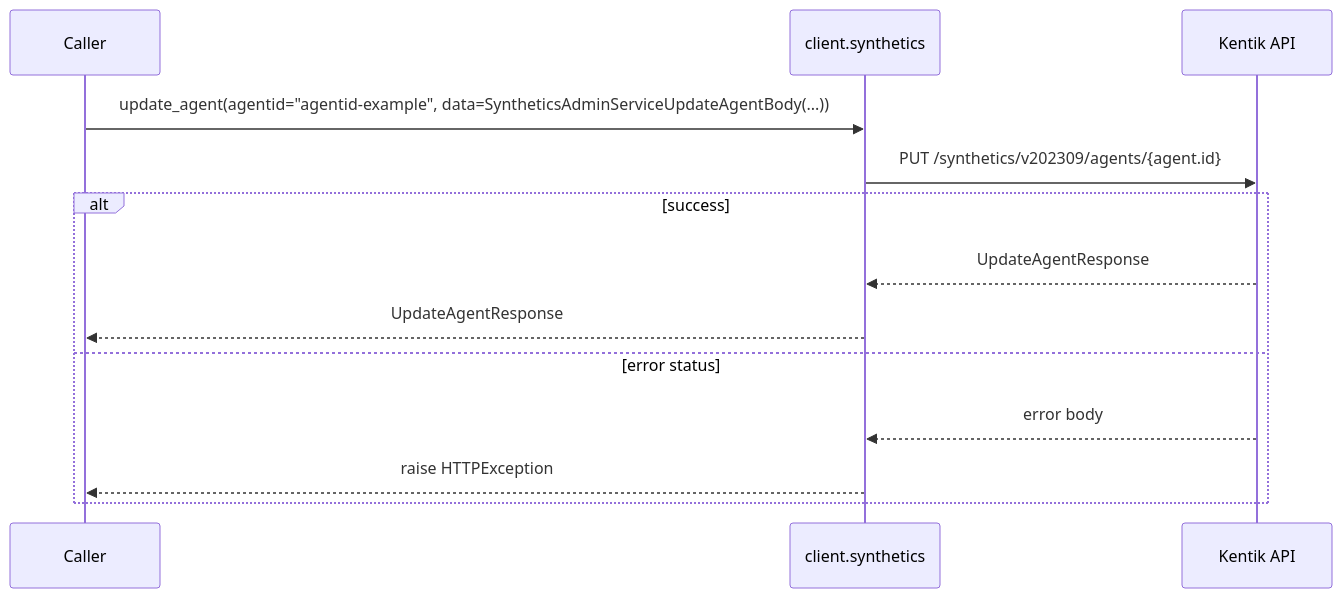
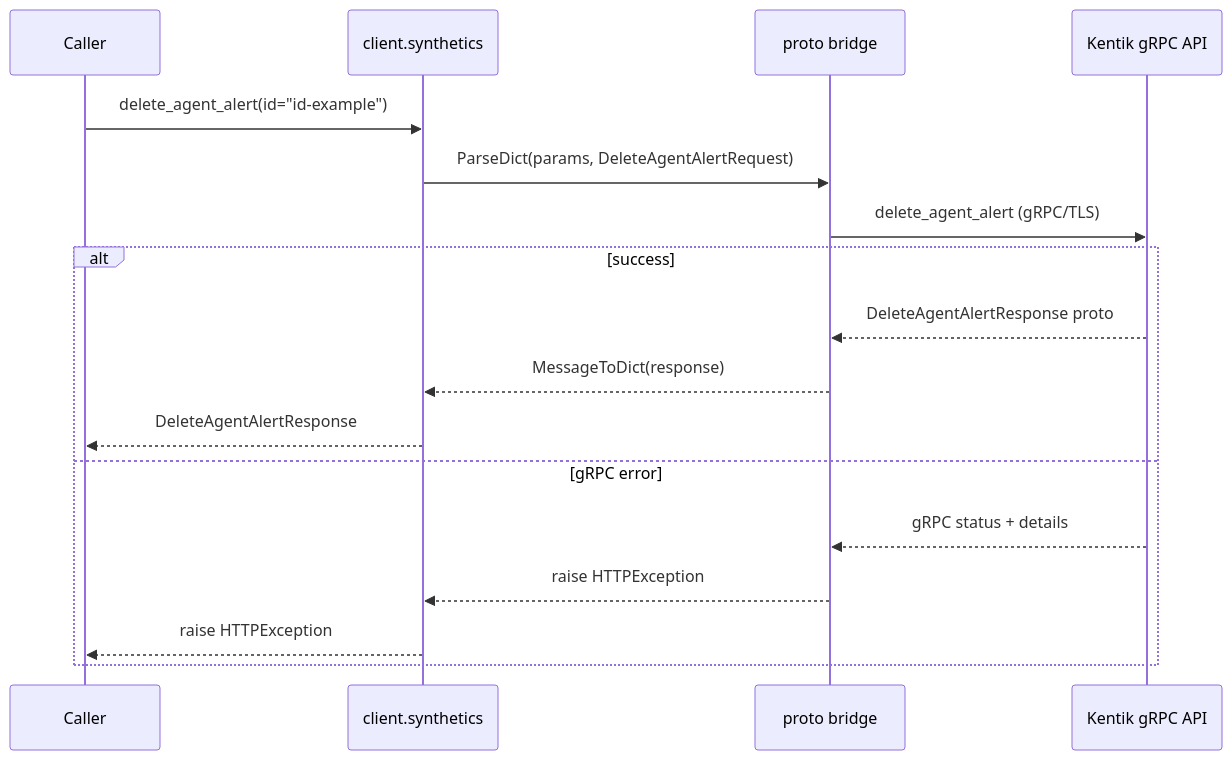
Diagram 11 of 38 in docs/sphinx/services/synthetics.md (alexdearaujo/community_sdk_python), drawn with Mermaid before and after one commit. The commit also changed other lines of this file and 61 other files, not shown here.

````diff
--- a/docs/sphinx/services/synthetics.md
+++ b/docs/sphinx/services/synthetics.md
@@ -377,16 +356,20 @@
 ```mermaid
 sequenceDiagram
     participant C as Caller
     participant W as client.synthetics
-    participant API as Kentik API
+    participant B as proto bridge
+    participant API as Kentik gRPC API
 
-    C->>W: update_agent(agentid="agentid-example", data=SyntheticsAdminServiceUpdateAgentBody(...))
-    W->>API: PUT /synthetics/v202309/agents/{agent.id}
+    C->>W: delete_agent_alert(id="id-example")
+    W->>B: ParseDict(params, DeleteAgentAlertRequest)
+    B->>API: delete_agent_alert (gRPC/TLS)
     alt success
-        API-->>W: UpdateAgentResponse
-        W-->>C: UpdateAgentResponse
-    else error status
-        API-->>W: error body
+        API-->>B: DeleteAgentAlertResponse proto
+        B-->>W: MessageToDict(response)
+        W-->>C: DeleteAgentAlertResponse
+    else gRPC error
+        API-->>B: gRPC status + details
+        B-->>W: raise HTTPException
         W-->>C: raise HTTPException
     end
 ```
````
